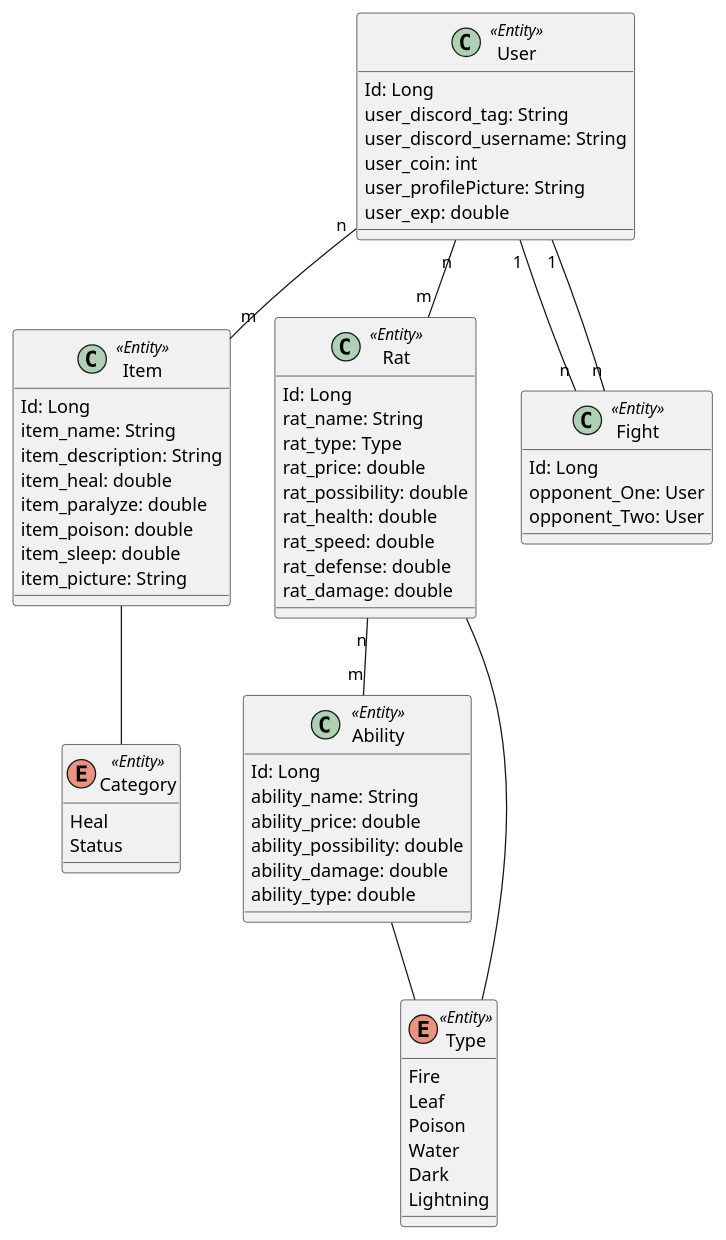
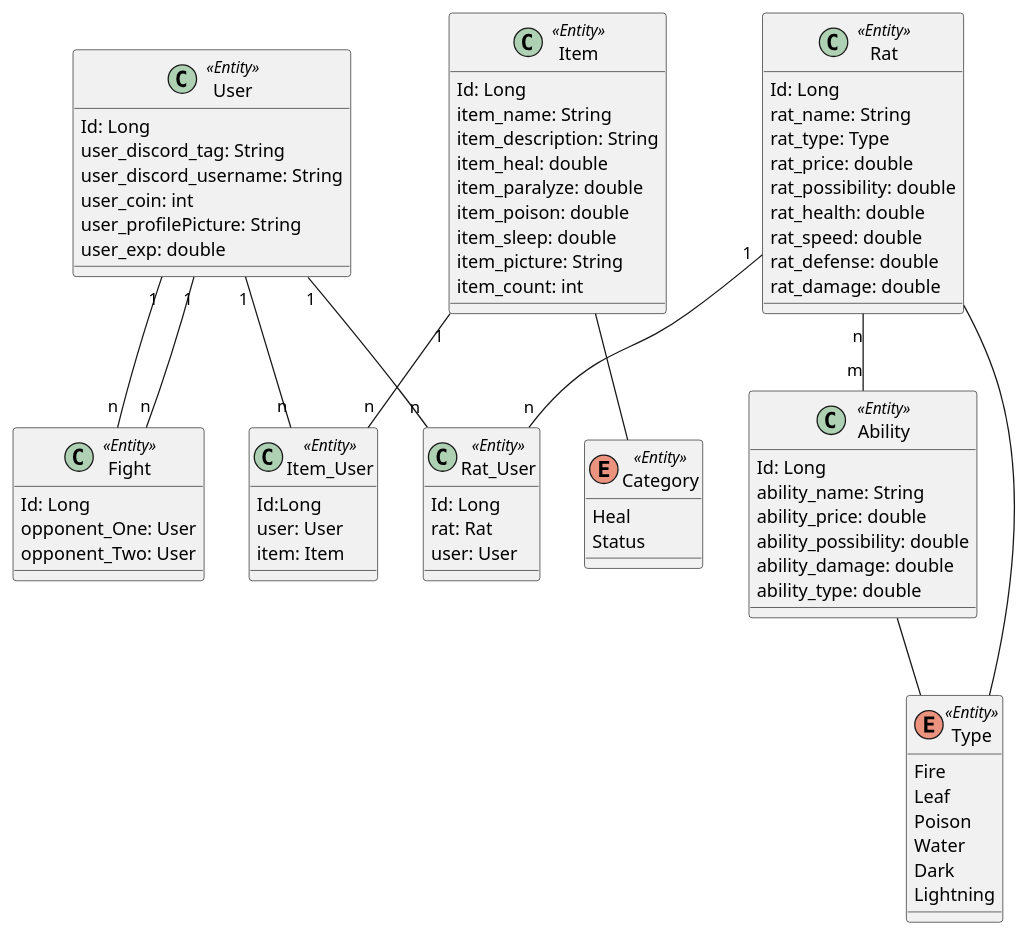
One commit to La-Espada/SewerRats-RestApi changed the diagram in SewerRats-App/sewerrats-app.puml. Above: the diagram before and after it, drawn with PlantUML. The commit also changed 2 other files, not shown here.

```diff
--- a/SewerRats-App/sewerrats-app.puml
+++ b/SewerRats-App/sewerrats-app.puml
@@ -1,77 +1,93 @@
 @startuml
 class User<<Entity>>{
     Id: Long
     user_discord_tag: String
     user_discord_username: String
     user_coin: int
     user_profilePicture: String
     user_exp: double
 }
 
 class Item<<Entity>>{
     Id: Long
     item_name: String
     item_description: String
     item_heal: double
     item_paralyze: double
     item_poison: double
     item_sleep: double
     item_picture: String
+    item_count: int
+}
+
+
+class Item_User<<Entity>>{
+    Id:Long
+    user: User
+    item: Item
 }
 
 class Rat<<Entity>>{
     Id: Long
     rat_name: String
     rat_type: Type
     rat_price: double
     rat_possibility: double
     rat_health: double
     rat_speed: double
     rat_defense: double
     rat_damage: double
+}
+
+class Rat_User<<Entity>>{
+    Id: Long
+    rat: Rat
+    user: User
 }
 
 class Ability<<Entity>>{
     Id: Long
     ability_name: String
     ability_price: double
     ability_possibility: double
     ability_damage: double
     ability_type: double
 }
 
 class Fight<<Entity>>{
     Id: Long
     opponent_One: User
     opponent_Two: User
 }
 
 enum Type<<Entity>>{
 Fire
 Leaf
 Poison
 Water
 Dark
 Lightning
 }
 
 enum Category<<Entity>>{
 Heal
 Status
 }
 
 
-User "n" -- "m" Rat
-User "n" -- "m" Item
+User "1" -- "n" Rat_User
+Rat "1" -- "n" Rat_User
+User "1" -- "n" Item_User
+Item "1" -- "n" Item_User
 User "1" -- "n" Fight
 Fight "n" -- "1" User
 Rat "n" -- "m" Ability
 Rat -- Type
 Ability -- Type
 Item -- Category
 
 
 
 
 
 @enduml
```
